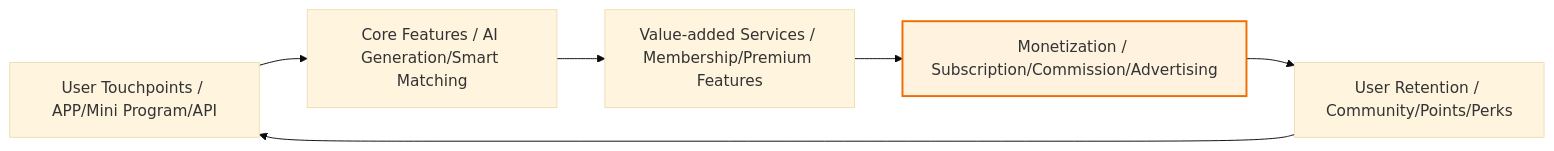
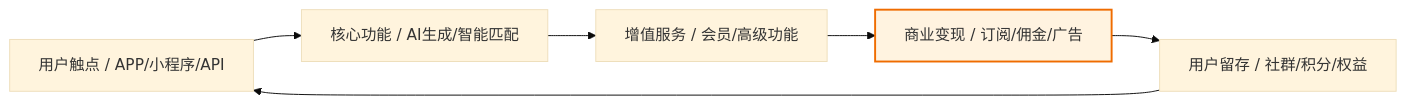
The fourth of 9 diagrams in templates/Product/Strategy/Template-BRD.md (Kirky-X/cangjie), drawn with Mermaid (base theme) before and after one commit. The commit also changed other lines of this file and 33 other files, not shown here.

````diff
--- a/templates/Product/Strategy/Template-BRD.md
+++ b/templates/Product/Strategy/Template-BRD.md
@@ -196,9 +196,9 @@
 ```mermaid
 graph LR
-    A[User Touchpoints / APP/Mini Program/API] --> B[Core Features / AI Generation/Smart Matching]
-    B --> C[Value-added Services / Membership/Premium Features]
-    C --> D[Monetization / Subscription/Commission/Advertising]
-    D --> E[User Retention / Community/Points/Perks]
+    A[用户触点 / APP/小程序/API] --> B[核心功能 / AI生成/智能匹配]
+    B --> C[增值服务 / 会员/高级功能]
+    C --> D[商业变现 / 订阅/佣金/广告]
+    D --> E[用户留存 / 社群/积分/权益]
     E --> A
     style D fill:#fff3e0,stroke:#ef6c00,stroke-width:2px
 ```
````
